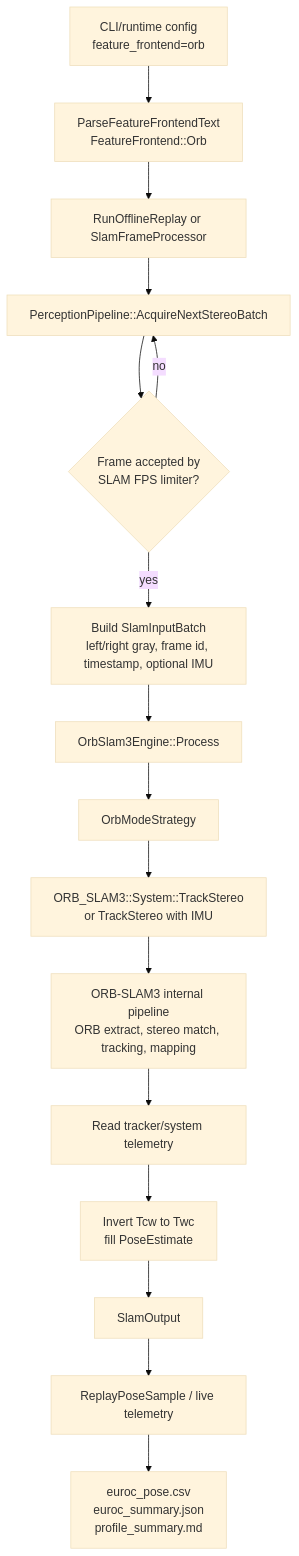
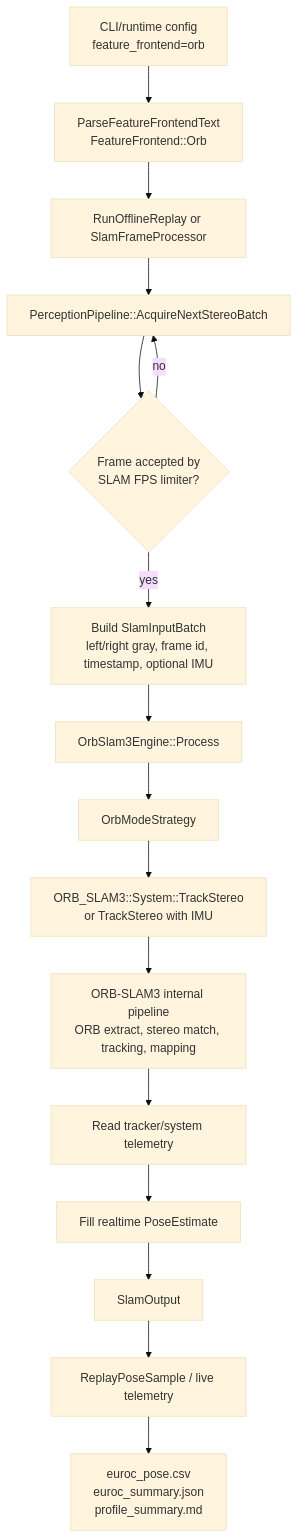
Before and after one commit to litingzhang/SmartDrone: the first of 4 diagrams in docs/orb_mode_flow.md, drawn with Mermaid (base theme). The commit also changed other lines of this file and 34 other files, not shown here.

````diff
--- a/docs/orb_mode_flow.md
+++ b/docs/orb_mode_flow.md
@@ -9,18 +9,18 @@
 ```mermaid
 flowchart TD
     A[CLI/runtime config<br/>feature_frontend=orb] --> B[ParseFeatureFrontendText<br/>FeatureFrontend::Orb]
     B --> C[RunOfflineReplay or SlamFrameProcessor]
     C --> D[PerceptionPipeline::AcquireNextStereoBatch]
     D --> E{Frame accepted by<br/>SLAM FPS limiter?}
     E -- no --> D
     E -- yes --> F[Build SlamInputBatch<br/>left/right gray, frame id, timestamp, optional IMU]
     F --> G[OrbSlam3Engine::Process]
     G --> H[OrbModeStrategy]
     H --> I[ORB_SLAM3::System::TrackStereo<br/>or TrackStereo with IMU]
     I --> J[ORB-SLAM3 internal pipeline<br/>ORB extract, stereo match, tracking, mapping]
     J --> K[Read tracker/system telemetry]
-    K --> L[Invert Tcw to Twc<br/>fill PoseEstimate]
+    K --> L[Fill realtime PoseEstimate]
     L --> M[SlamOutput]
     M --> N[ReplayPoseSample / live telemetry]
     N --> O[euroc_pose.csv<br/>euroc_summary.json<br/>profile_summary.md]
 ```
````
